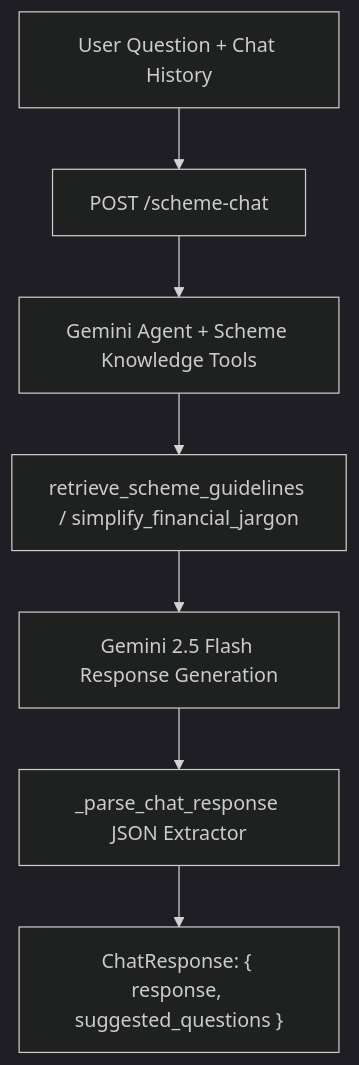
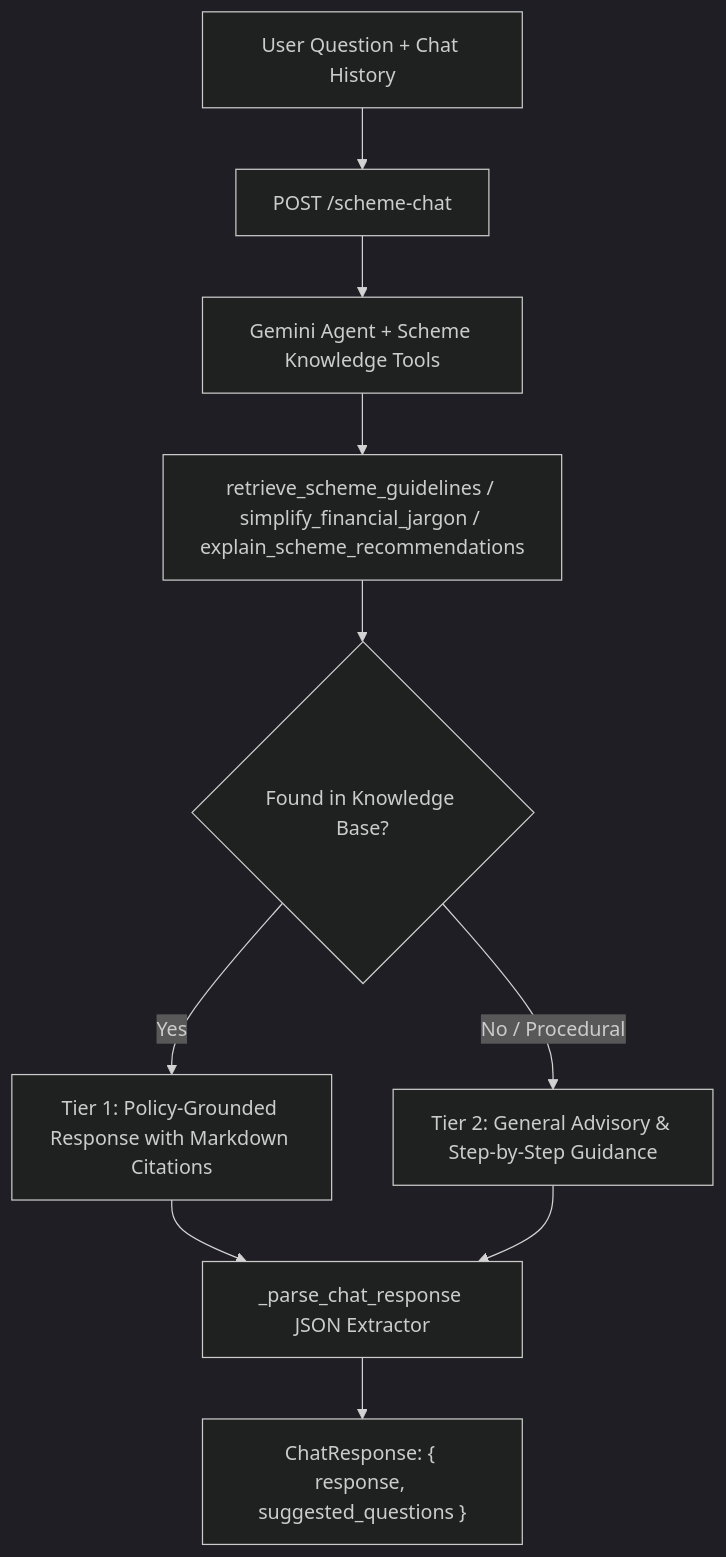
Before and after one commit to aviraltrip/SIH-26-AI-ML: the third of 3 diagrams in PIPELINES.md, drawn with Mermaid (dark theme). The commit also changed other lines of this file, not shown here.

Commit message:
docs(pipelines): update PIPELINES.md with two-tier RAG execution flow and prompts

````diff
--- a/PIPELINES.md
+++ b/PIPELINES.md
@@ -152,9 +152,12 @@
 ```mermaid
 graph TD
     UserQuery[User Question + Chat History] --> Router[POST /scheme-chat]
     Router --> Tools[Gemini Agent + Scheme Knowledge Tools]
-    Tools --> Retrieve[retrieve_scheme_guidelines / simplify_financial_jargon]
-    Retrieve --> Model[Gemini 2.5 Flash Response Generation]
-    Model --> Parser[_parse_chat_response JSON Extractor]
+    Tools --> Retrieve[retrieve_scheme_guidelines / simplify_financial_jargon / explain_scheme_recommendations]
+    Retrieve --> Match{Found in Knowledge Base?}
+    Match -->|Yes| Tier1[Tier 1: Policy-Grounded Response with Markdown Citations]
+    Match -->|No / Procedural| Tier2[Tier 2: General Advisory & Step-by-Step Guidance]
+    Tier1 --> Parser[_parse_chat_response JSON Extractor]
+    Tier2 --> Parser
     Parser --> Output["ChatResponse: { response, suggested_questions }"]
 ```
````
